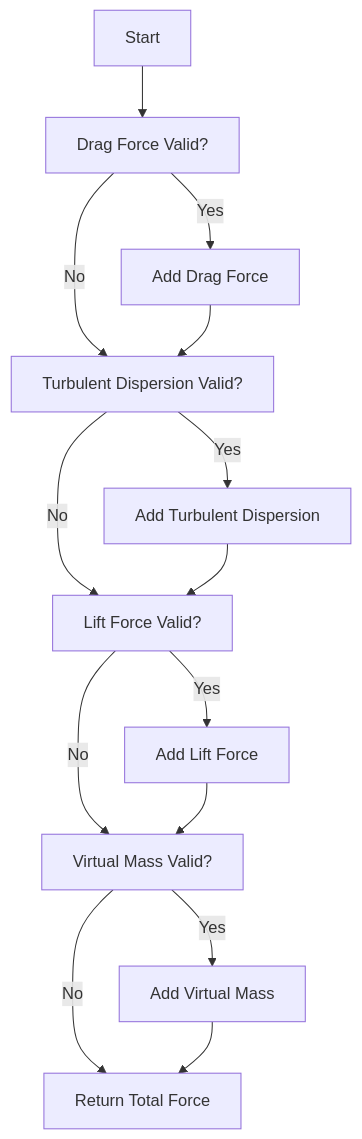
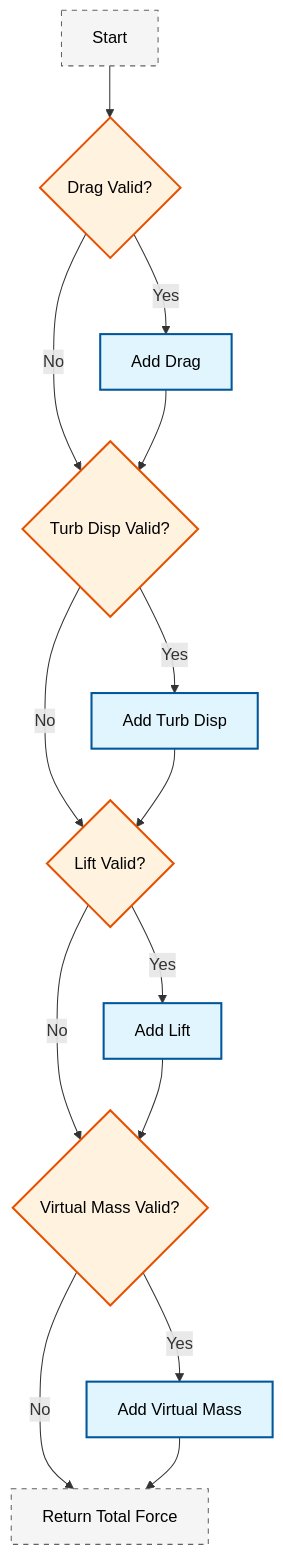
The fifth of 5 diagrams in MODULE_04_MULTIPHASE_FUNDAMENTALS/CONTENT/07_TURBULENT_DISPERSION/02_Specific_Models.md (wramet/build-my-cfd), drawn with Mermaid before and after one commit. The commit also changed other lines of this file and 313 other files, not shown here.

Commit message:
Revise all diagram

````diff
--- a/MODULE_04_MULTIPHASE_FUNDAMENTALS/CONTENT/07_TURBULENT_DISPERSION/02_Specific_Models.md
+++ b/MODULE_04_MULTIPHASE_FUNDAMENTALS/CONTENT/07_TURBULENT_DISPERSION/02_Specific_Models.md
@@ -553,16 +561,19 @@
 ```mermaid
 flowchart TD
-    A[Start] --> B[Drag Force Valid?]
-    B -->|Yes| C[Add Drag Force]
-    B -->|No| D[Turbulent Dispersion Valid?]
-    C --> D
-    D -->|Yes| E[Add Turbulent Dispersion]
-    D -->|No| F[Lift Force Valid?]
-    E --> F
-    F -->|Yes| G[Add Lift Force]
-    F -->|No| H[Virtual Mass Valid?]
-    G --> H
-    H -->|Yes| I[Add Virtual Mass]
-    H -->|No| J[Return Total Force]
-    I --> J
+classDef implicit fill:#e1f5fe,stroke:#01579b,stroke-width:2px,color:#000
+classDef explicit fill:#fff3e0,stroke:#e65100,stroke-width:2px,color:#000
+classDef context fill:#f5f5f5,stroke:#616161,stroke-width:1px,color:#000,stroke-dasharray: 5 5
+A[Start]:::context --> B{Drag Valid?}:::explicit
+B -->|Yes| C[Add Drag]:::implicit
+B -->|No| D{Turb Disp Valid?}:::explicit
+C --> D
+D -->|Yes| E[Add Turb Disp]:::implicit
+D -->|No| F{Lift Valid?}:::explicit
+E --> F
+F -->|Yes| G[Add Lift]:::implicit
+F -->|No| H{Virtual Mass Valid?}:::explicit
+G --> H
+H -->|Yes| I[Add Virtual Mass]:::implicit
+H -->|No| J[Return Total Force]:::context
+I --> J
 ```
````
